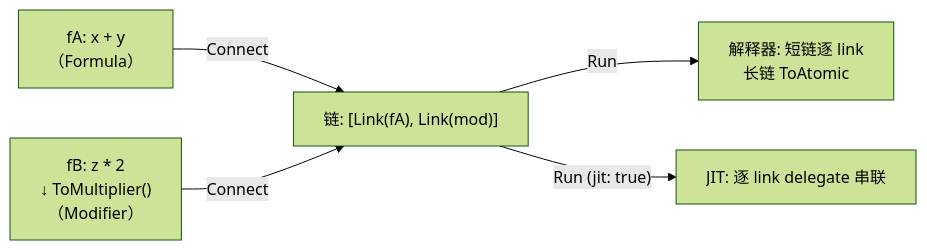
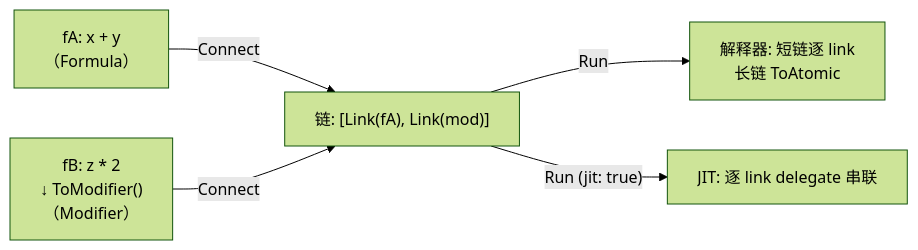
Before and after one commit to twds0x13/FluxFormula: the second of 2 diagrams in docs/guide/core-concepts.md, drawn with Mermaid (forest theme). The commit also changed other lines of this file and 53 other files, not shown here.

````diff
--- a/docs/guide/core-concepts.md
+++ b/docs/guide/core-concepts.md
@@ -121,7 +111,7 @@
 ```mermaid
 graph LR
     A["fA: x + y<br/>（Formula）"] -->|Connect| C["链: [Link(fA), Link(mod)]"]
-    B["fB: z * 2<br/>↓ ToMultiplier()<br/>（Modifier）"] -->|Connect| C
+    B["fB: z * 2<br/>↓ ToModifier()<br/>（Modifier）"] -->|Connect| C
     C -->|"Run"| D["解释器: 短链逐 link<br/>长链 ToAtomic"]
     C -->|"Run (jit: true)"| E["JIT: 逐 link delegate 串联"]
 ```
````
